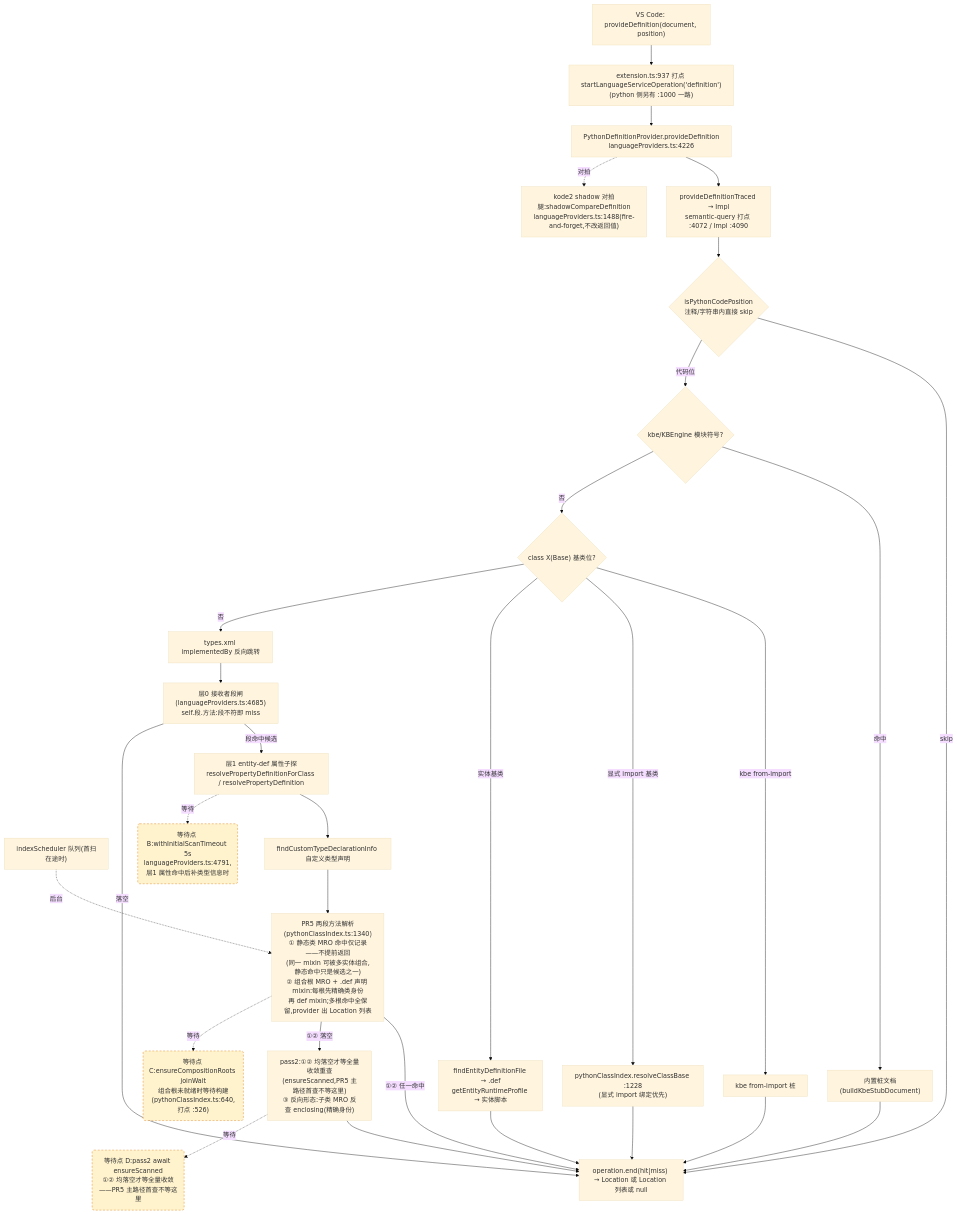
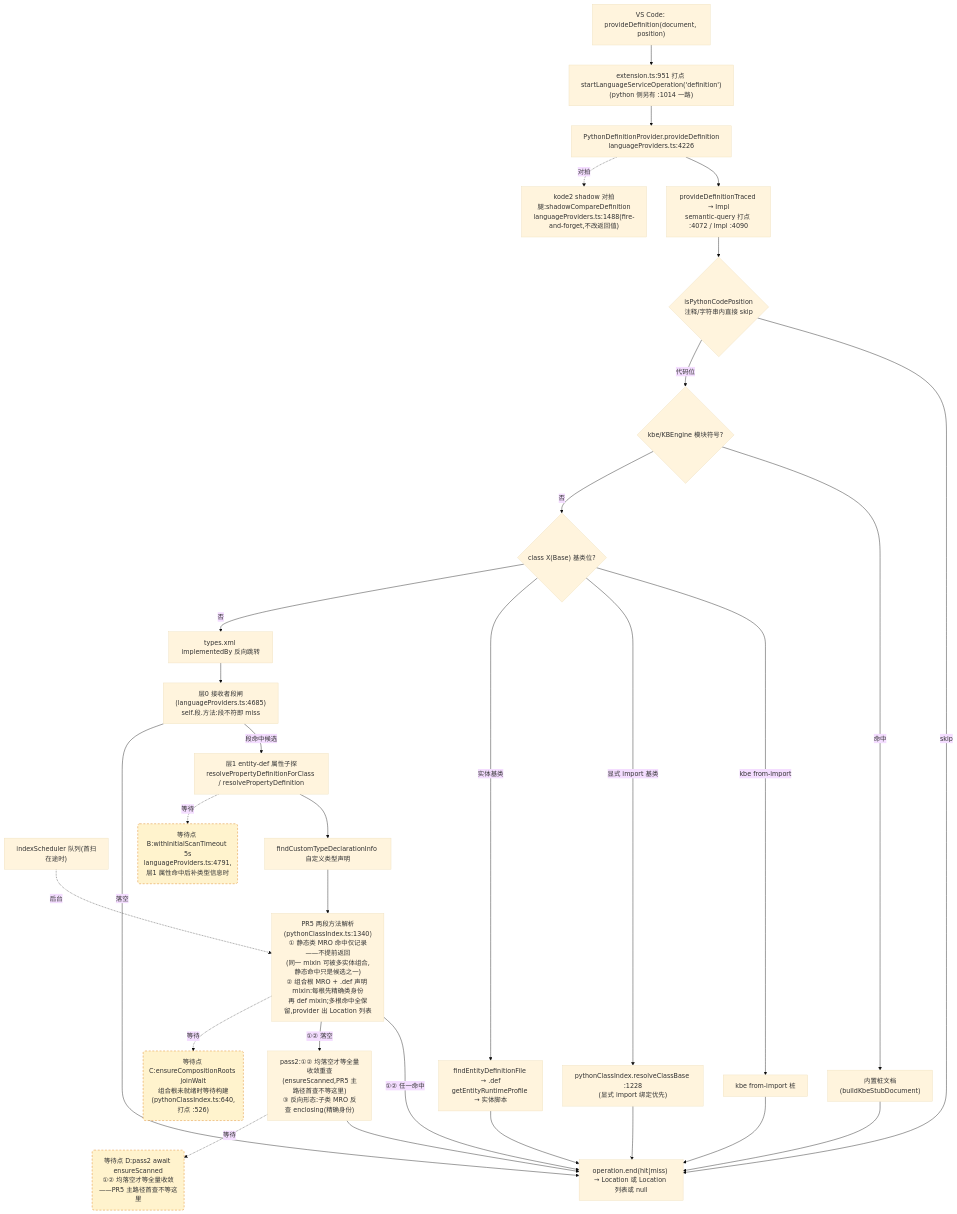
The second of 4 diagrams in docs/perf/2026-baseline.md (cuihairu/kode), drawn with Mermaid (base theme) before and after one commit. The commit also changed other lines of this file and 3 other files, not shown here.

````diff
--- a/docs/perf/2026-baseline.md
+++ b/docs/perf/2026-baseline.md
@@ -130,51 +130,51 @@
 ```mermaid
 flowchart TD
   VC2["VS Code: provideDefinition(document, position)"]
-  M2["extension.ts:937 打点 startLanguageServiceOperation('definition')<br/>(python 侧另有 :1000 一路)"]
+  M2["extension.ts:951 打点 startLanguageServiceOperation('definition')<br/>(python 侧另有 :1014 一路)"]
   AD2["PythonDefinitionProvider.provideDefinition<br/>languageProviders.ts:4226"]
   TR["provideDefinitionTraced → Impl<br/>semantic-query 打点 :4072 / Impl :4090"]
   CTX{"isPythonCodePosition<br/>注释/字符串内直接 skip"}
   KBE{"kbe/KBEngine 模块符号?"}
   STUB["内置桩文档(buildKbeStubDocument)"]
   CB{"class X(Base) 基类位?"}
   CB1["kbe from-import 桩"]
   CB2["pythonClassIndex.resolveClassBase :1228<br/>(显式 import 绑定优先)"]
   CB3["findEntityDefinitionFile → .def<br/>getEntityRuntimeProfile → 实体脚本"]
   REV["types.xml implementedBy 反向跳转"]
   L0["层0 接收者段闸(languageProviders.ts:4685)<br/>self.段.方法:段不符即 miss"]
   L1["层1 entity-def 属性子探<br/>resolvePropertyDefinitionForClass / resolvePropertyDefinition"]
   SCAN["indexScheduler 队列(首扫在途时)"]
   TY["findCustomTypeDeclarationInfo 自定义类型声明"]
   MRO["PR5 两段方法解析(pythonClassIndex.ts:1340)<br/>① 静态类 MRO 命中仅记录——不提前返回<br/>(同一 mixin 可被多实体组合,静态命中只是候选之一)<br/>② 组合根 MRO + .def 声明 mixin:每根先精确类身份<br/>再 def mixin;多根命中全保留,provider 出 Location 列表"]
   PASS2["pass2:①② 均落空才等全量收敛重查<br/>(ensureScanned,PR5 主路径首查不等这里)<br/>③ 反向形态:子类 MRO 反查 enclosing(精确身份)"]
   SHD["kode2 shadow 对拍腿:shadowCompareDefinition<br/>languageProviders.ts:1488(fire-and-forget,不改返回值)"]
   END2["operation.end(hit|miss) → Location 或 Location 列表或 null"]
 
   VC2 --> M2 --> AD2 --> TR --> CTX
   CTX -- "skip" --> END2
   CTX -- "代码位" --> KBE
   KBE -- "命中" --> STUB --> END2
   KBE -- "否" --> CB
   CB -- "kbe from-import" --> CB1 --> END2
   CB -- "显式 import 基类" --> CB2 --> END2
   CB -- "实体基类" --> CB3 --> END2
   CB -- "否" --> REV --> L0
   L0 -- "段命中候选" --> L1
   L0 -- "落空" --> END2
   L1 --> TY
   TY --> MRO
   MRO -- "①② 任一命中" --> END2
   MRO -- "①② 落空" --> PASS2 --> END2
   AD2 -.->|对拍| SHD
 
   WAITB("等待点 B:withInitialScanTimeout 5s<br/>languageProviders.ts:4791,层1 属性命中后补类型信息时")
   WAITC("等待点 C:ensureCompositionRoots joinWait<br/>组合根未就绪时等待构建(pythonClassIndex.ts:640,打点 :526)")
   WAITD("等待点 D:pass2 await ensureScanned<br/>①② 均落空才等全量收敛——PR5 主路径首查不等这里")
   L1 -.->|等待| WAITB
   MRO -.->|等待| WAITC
   PASS2 -.->|等待| WAITD
   SCAN -.->|后台| MRO
 
   classDef waitPoint fill:#fff3cd,stroke:#d97706,stroke-dasharray:5 4;
   class WAITB,WAITC,WAITD waitPoint;
 ```
````
